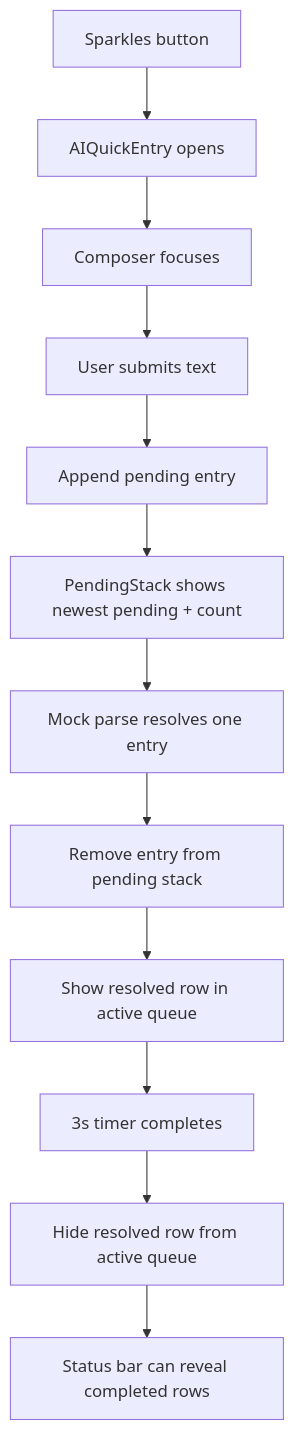
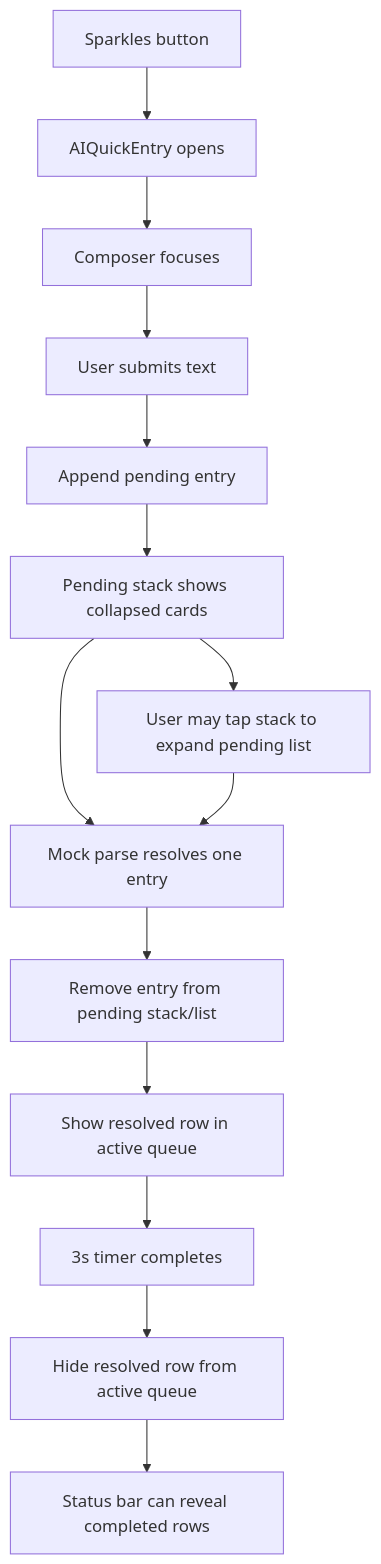
The diagram in docs/superpowers/specs/2026-05-30-ai-quick-entry-rapid-entry-queue-design.md (hualocson/ai-market-expend-helper), drawn with Mermaid before and after one commit. The commit also changed other lines of this file, not shown here.

Commit message:
docs(ai-quick-entry): add expandable pending stack

````diff
--- a/docs/superpowers/specs/2026-05-30-ai-quick-entry-rapid-entry-queue-design.md
+++ b/docs/superpowers/specs/2026-05-30-ai-quick-entry-rapid-entry-queue-design.md
@@ -496,14 +550,16 @@
 ```mermaid
 flowchart TD
   A["Sparkles button"] --> B["AIQuickEntry opens"]
   B --> C["Composer focuses"]
   C --> D["User submits text"]
   D --> E["Append pending entry"]
-  E --> F["PendingStack shows newest pending + count"]
-  F --> G["Mock parse resolves one entry"]
-  G --> H["Remove entry from pending stack"]
-  H --> I["Show resolved row in active queue"]
-  I --> J["3s timer completes"]
-  J --> K["Hide resolved row from active queue"]
-  K --> L["Status bar can reveal completed rows"]
+  E --> F["Pending stack shows collapsed cards"]
+  F --> G["User may tap stack to expand pending list"]
+  F --> H["Mock parse resolves one entry"]
+  G --> H
+  H --> I["Remove entry from pending stack/list"]
+  I --> J["Show resolved row in active queue"]
+  J --> K["3s timer completes"]
+  K --> L["Hide resolved row from active queue"]
+  L --> M["Status bar can reveal completed rows"]
 ```
````
